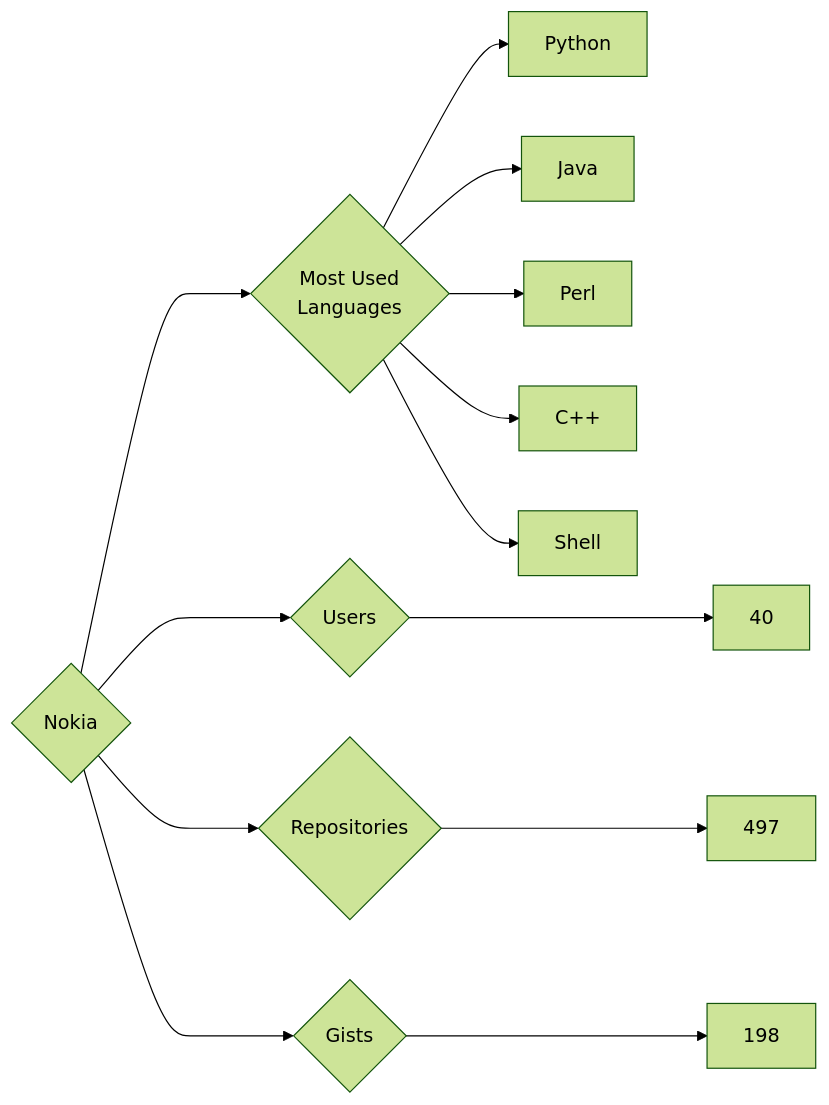
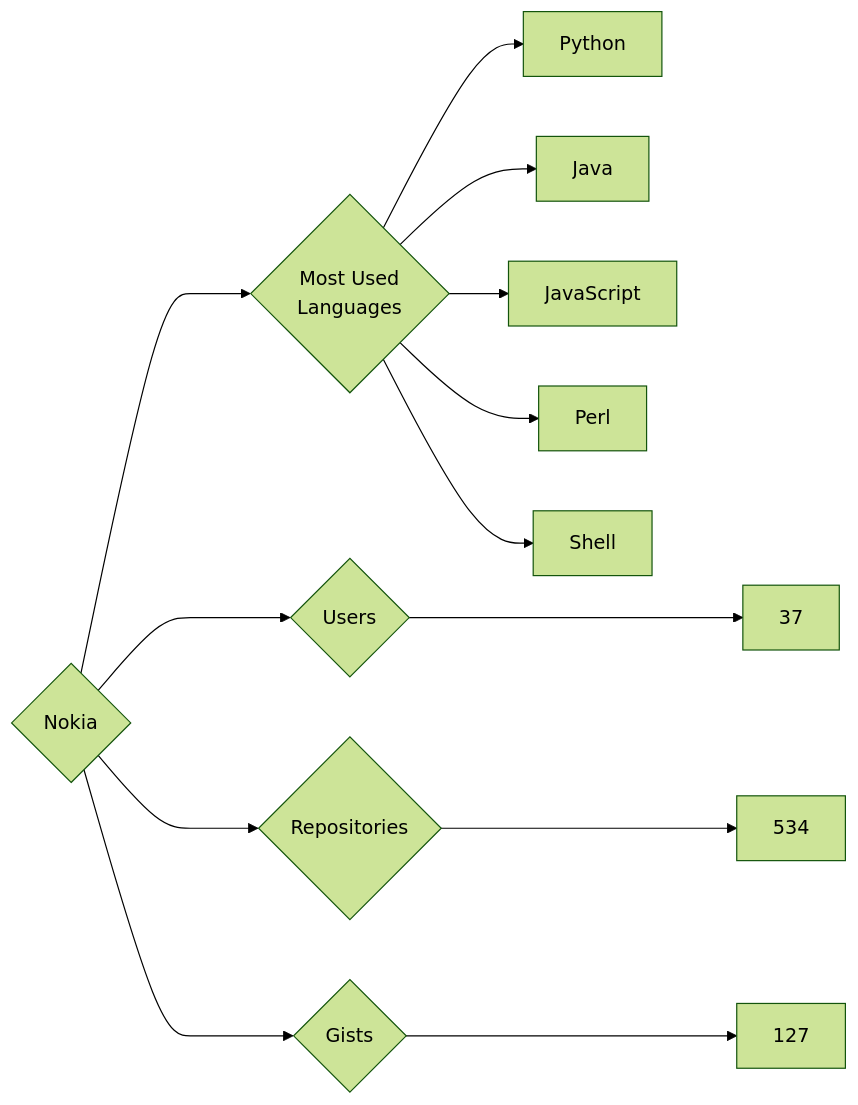
One commit to trickest/insiders changed the diagram in targets/Nokia/README.md. Above: the diagram before and after it, drawn with Mermaid (forest theme). The commit also changed 814 other files, not shown here.

````diff
--- a/targets/Nokia/README.md
+++ b/targets/Nokia/README.md
@@ -3,13 +3,13 @@
 ```mermaid
 graph LR
 COMPANY_NAME{Nokia}
-COMPANY_NAME ---> U{Users} ---> UN[40]
-COMPANY_NAME ---> R{Repositories} ---> RN[497]
-COMPANY_NAME ---> G{Gists} ---> GN[198]
+COMPANY_NAME ---> U{Users} ---> UN[37]
+COMPANY_NAME ---> R{Repositories} ---> RN[534]
+COMPANY_NAME ---> G{Gists} ---> GN[127]
 COMPANY_NAME ---> ML{Most Used<br>Languages}
 ML --> Python[Python]
 ML --> Java[Java]
+ML --> JavaScript[JavaScript]
 ML --> Perl[Perl]
-ML --> C++[C++]
 ML --> Shell[Shell]
 ```
````
